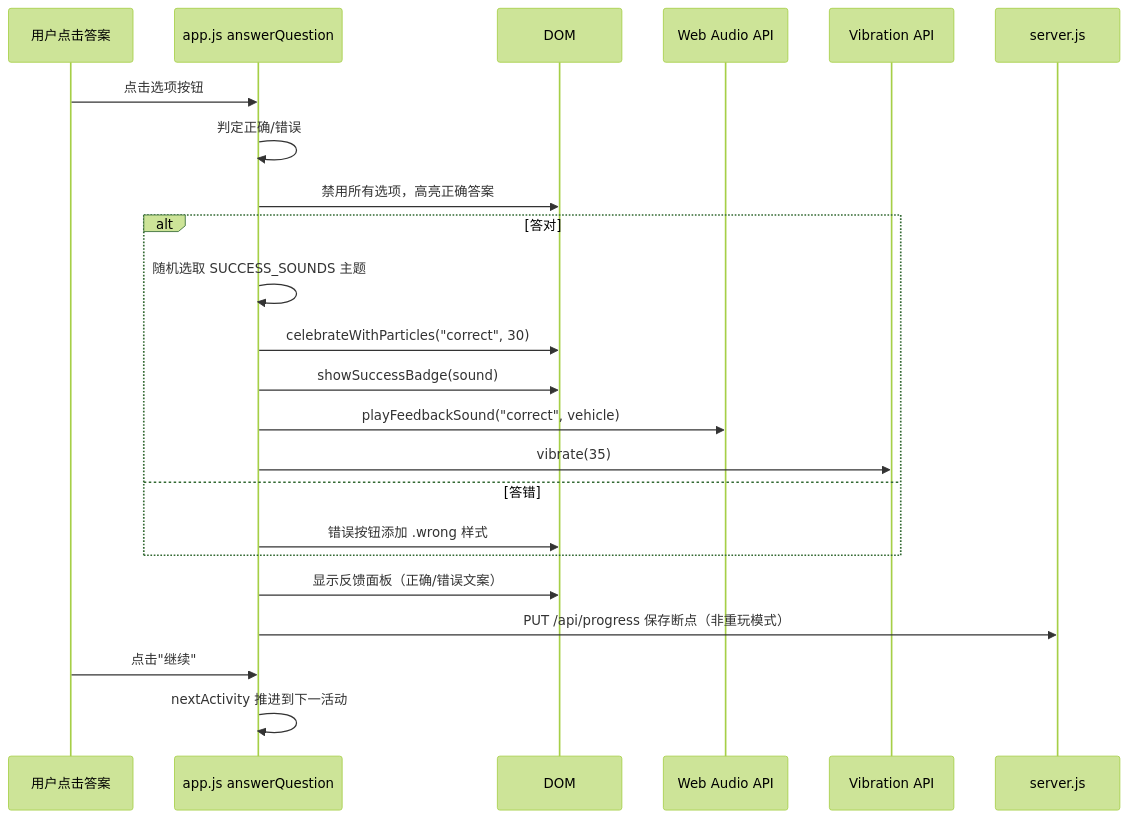
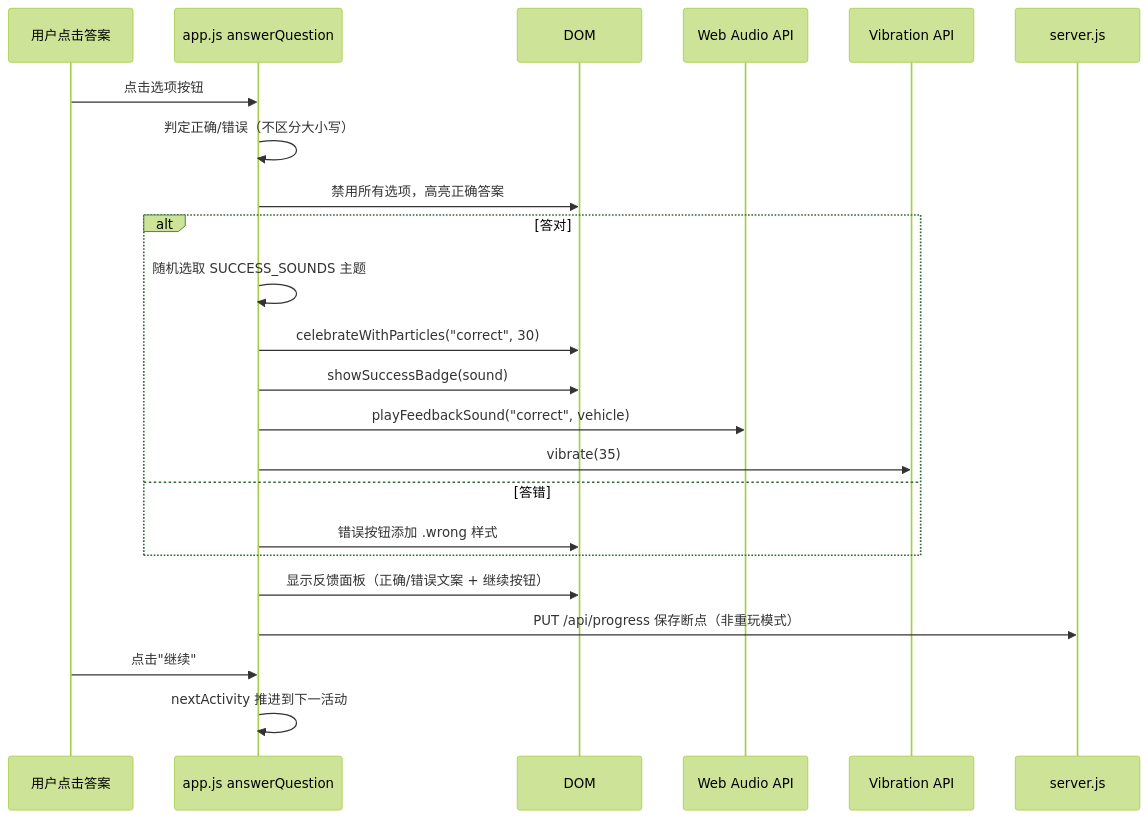
One commit to guccang/yuanbao changed the fourth of 7 diagrams in docs/codinghub/flows.md. Above: the diagram before and after it, drawn with Mermaid (forest theme). The commit also changed other lines of this file and 3 other files, not shown here.

````diff
--- a/docs/codinghub/flows.md
+++ b/docs/codinghub/flows.md
@@ -80,26 +116,26 @@
 ```mermaid
 sequenceDiagram
     participant U as 用户点击答案
     participant A as app.js answerQuestion
     participant D as DOM
     participant W as Web Audio API
     participant V as Vibration API
     participant S as server.js
 
     U->>A: 点击选项按钮
-    A->>A: 判定正确/错误
+    A->>A: 判定正确/错误（不区分大小写）
     A->>D: 禁用所有选项，高亮正确答案
     alt 答对
         A->>A: 随机选取 SUCCESS_SOUNDS 主题
         A->>D: celebrateWithParticles("correct", 30)
         A->>D: showSuccessBadge(sound)
         A->>W: playFeedbackSound("correct", vehicle)
         A->>V: vibrate(35)
     else 答错
         A->>D: 错误按钮添加 .wrong 样式
     end
-    A->>D: 显示反馈面板（正确/错误文案）
+    A->>D: 显示反馈面板（正确/错误文案 + 继续按钮）
     A->>S: PUT /api/progress 保存断点（非重玩模式）
     U->>A: 点击"继续"
     A->>A: nextActivity 推进到下一活动
 ```
````
